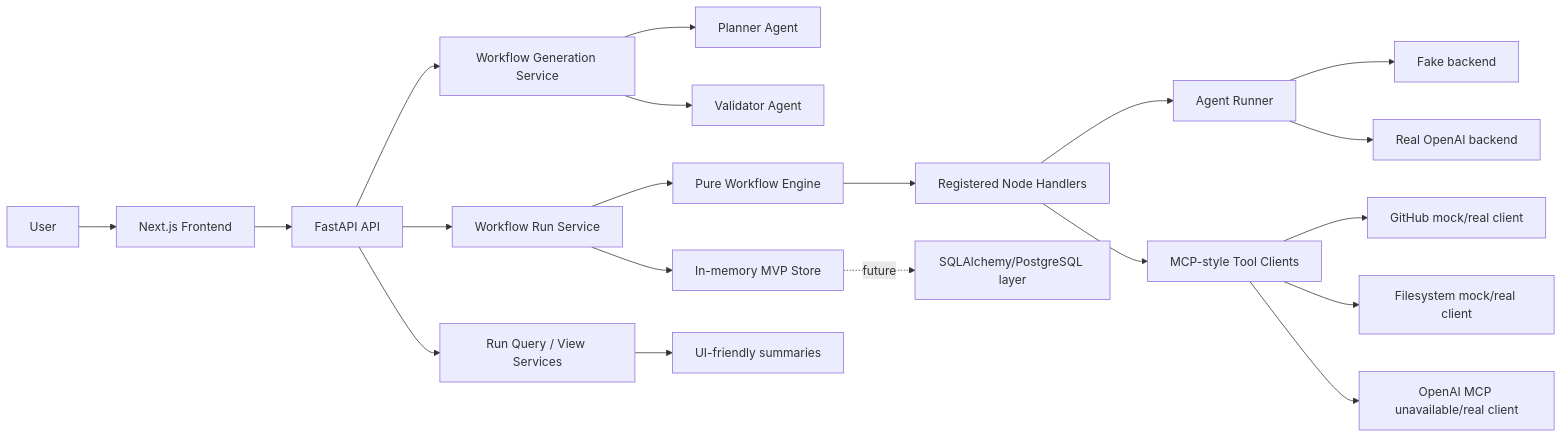
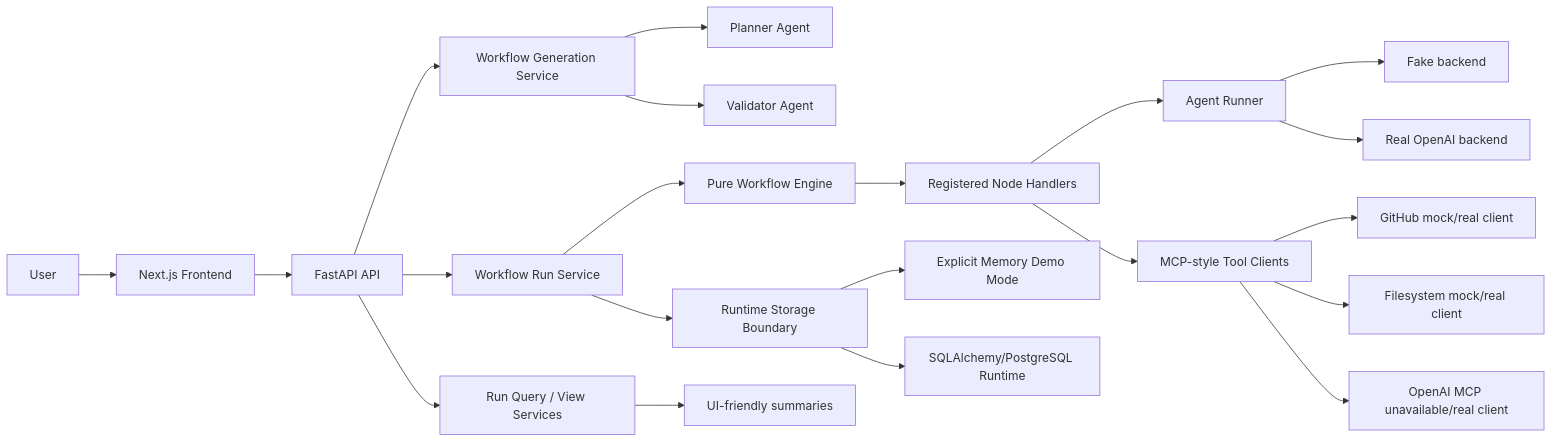
One commit to qurbaneliii/FlowPilot-MCP---AI-Workflow-Automation-Builder changed the diagram in README.md. Above: the diagram before and after it, drawn with Mermaid. The commit also changed other lines of this file and 42 other files, not shown here.

Commit message:
Finalize FlowPilot MCP real MVP

````diff
--- a/README.md
+++ b/README.md
@@ -28,22 +28,23 @@
 ```mermaid
 flowchart LR
   User["User"] --> Frontend["Next.js Frontend"]
   Frontend --> API["FastAPI API"]
   API --> Generation["Workflow Generation Service"]
   API --> RunService["Workflow Run Service"]
   API --> Query["Run Query / View Services"]
   Generation --> Planner["Planner Agent"]
   Generation --> Validator["Validator Agent"]
   RunService --> Engine["Pure Workflow Engine"]
   Engine --> Nodes["Registered Node Handlers"]
   Nodes --> Agents["Agent Runner"]
   Nodes --> MCP["MCP-style Tool Clients"]
   Query --> UI["UI-friendly summaries"]
-  RunService --> Store["In-memory MVP Store"]
-  Store -.future.-> Postgres["SQLAlchemy/PostgreSQL layer"]
+  RunService --> Storage["Runtime Storage Boundary"]
+  Storage --> Memory["Explicit Memory Demo Mode"]
+  Storage --> Postgres["SQLAlchemy/PostgreSQL Runtime"]
   Agents --> Fake["Fake backend"]
   Agents --> OpenAI["Real OpenAI backend"]
   MCP --> GitHub["GitHub mock/real client"]
   MCP --> FS["Filesystem mock/real client"]
   MCP --> OpenAIMCP["OpenAI MCP unavailable/real client"]
 ```
````
